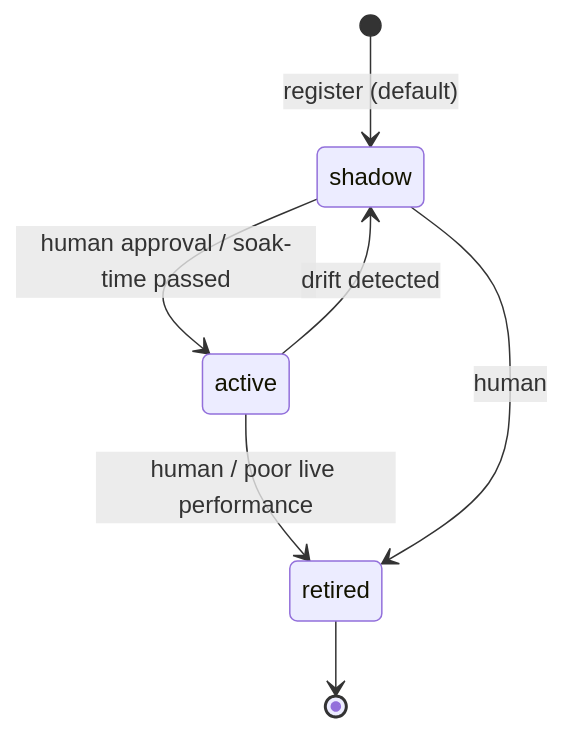
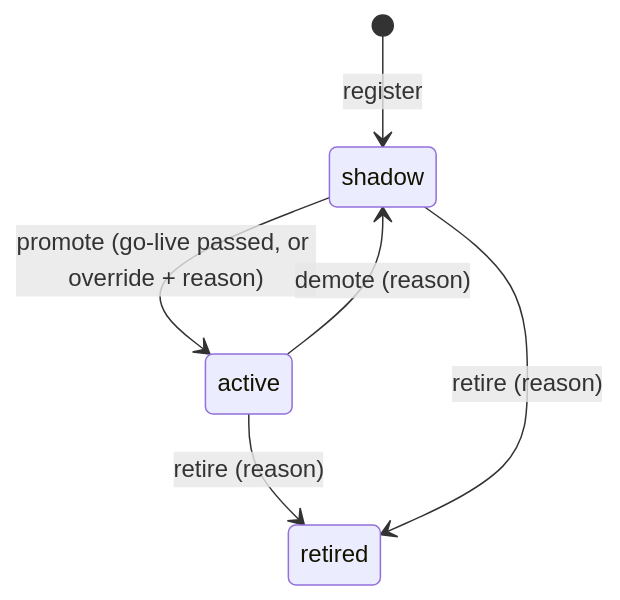
The diagram in docs/blocks/04_strategy_store.md (sleousis/Stonks), drawn with Mermaid before and after one commit. The commit also changed other lines of this file and 346 other files, not shown here.

````diff
--- a/docs/blocks/04_strategy_store.md
+++ b/docs/blocks/04_strategy_store.md
@@ -46,9 +36,8 @@
 ```mermaid
 stateDiagram-v2
-    [*] --> shadow: register (default)
-    shadow --> active: human approval / soak-time passed
-    active --> shadow: drift detected
-    active --> retired: human / poor live performance
-    shadow --> retired: human
-    retired --> [*]
+    [*] --> shadow: register
+    shadow --> active: promote (go-live passed, or override + reason)
+    active --> shadow: demote (reason)
+    active --> retired: retire (reason)
+    shadow --> retired: retire (reason)
 ```
````
